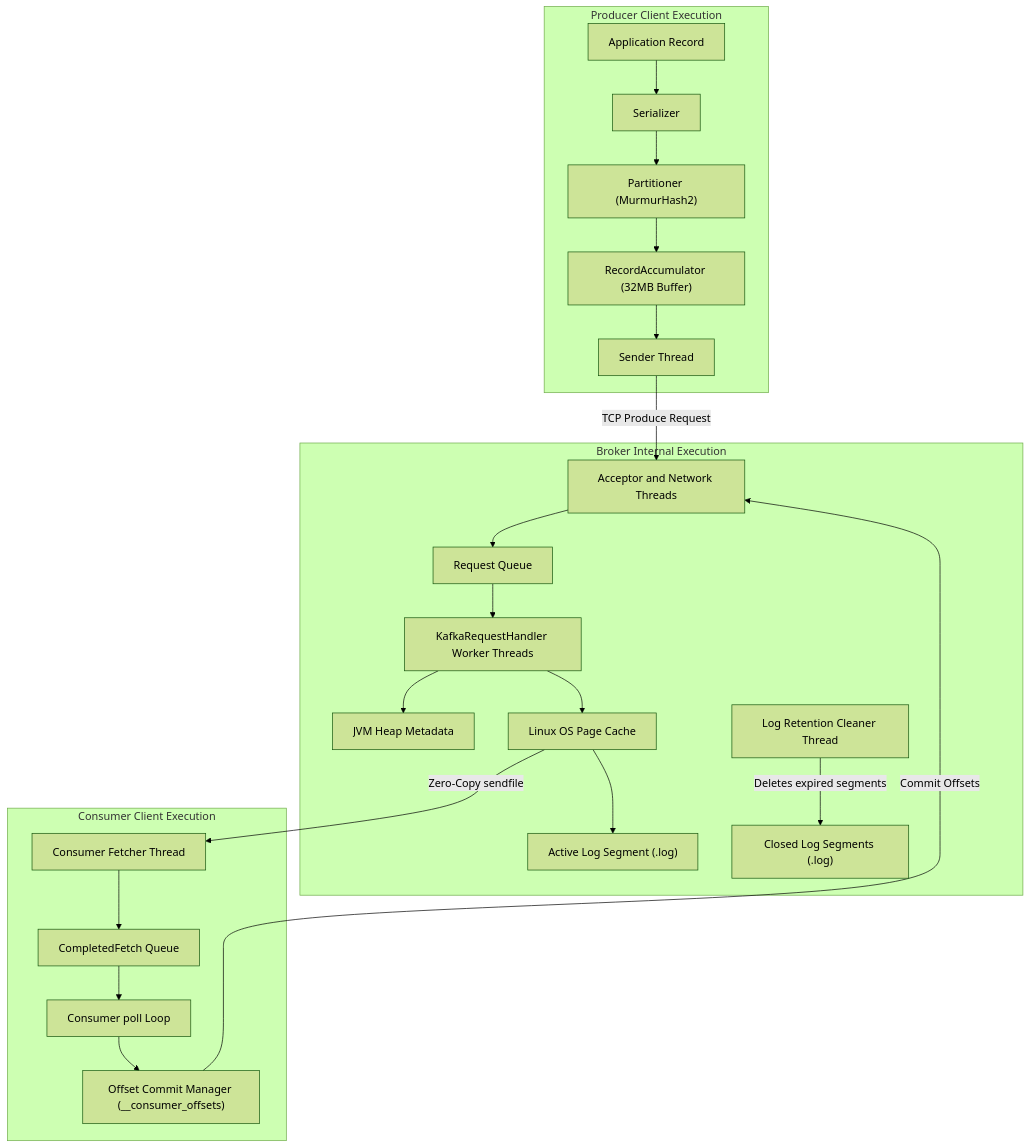
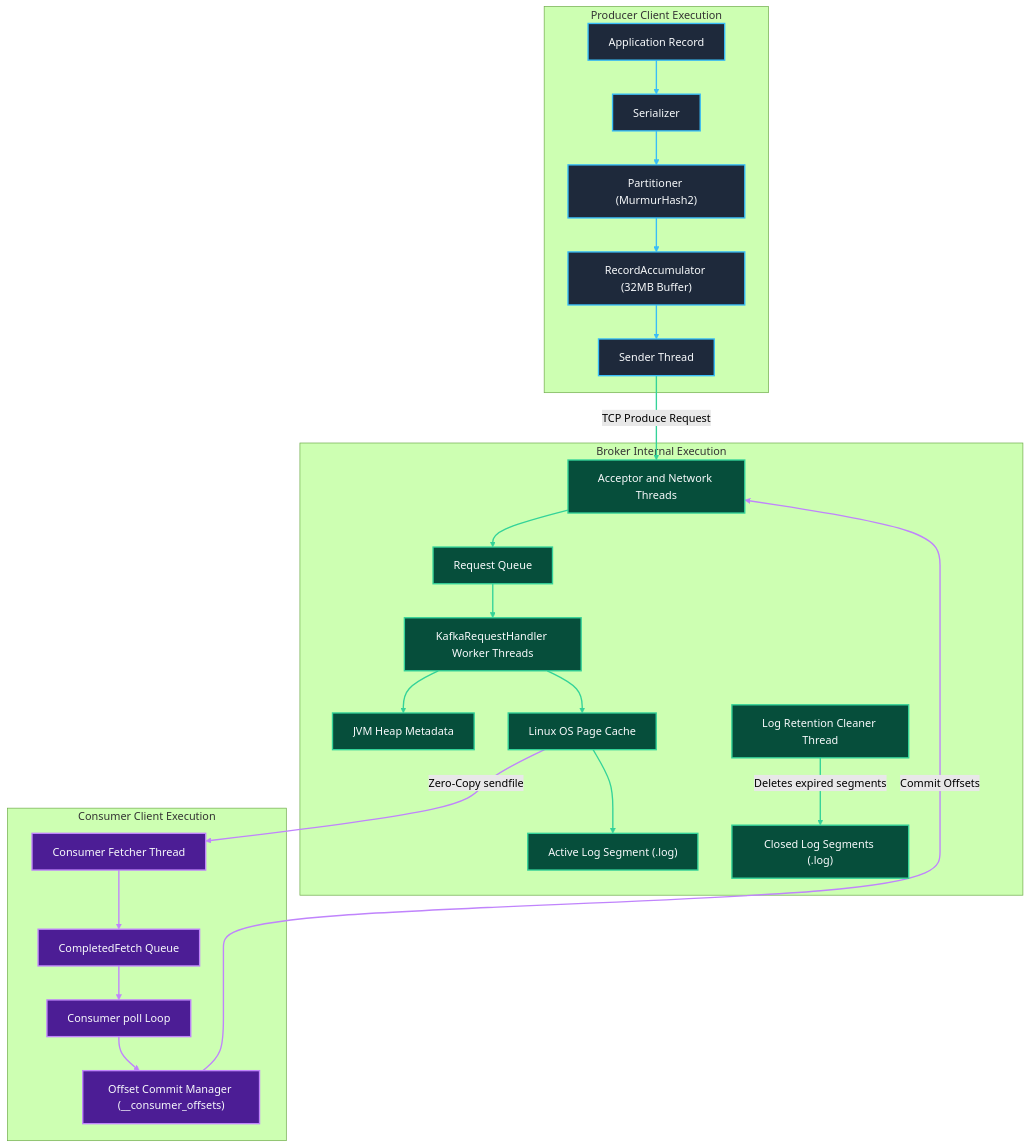
Before and after one commit to Chief-Strategist-J/llm-obs-infra: the second of 18 diagrams in docs/configDoc/kafka-configuration-guide.md, drawn with Mermaid (forest theme). The commit also changed other lines of this file, not shown here.

Commit message:
docs(kafka): reorder component sections to Code -> HLD -> LLD -> Parameters and apply custom color styling to all Mermaid diagrams

````diff
--- a/docs/configDoc/kafka-configuration-guide.md
+++ b/docs/configDoc/kafka-configuration-guide.md
@@ -412,27 +430,51 @@
 ```mermaid
 graph TB
     subgraph ProducerInternals ["Producer Client Execution"]
         P_App["Application Record"] --> P_Ser["Serializer"]
         P_Ser --> P_Part["Partitioner (MurmurHash2)"]
         P_Part --> P_Buf["RecordAccumulator (32MB Buffer)"]
         P_Buf --> P_Send["Sender Thread"]
     end
 
     subgraph BrokerInternals ["Broker Internal Execution"]
         P_Send -->|TCP Produce Request| B_Net["Acceptor and Network Threads"]
         B_Net --> B_ReqQ["Request Queue"]
         B_ReqQ --> B_Worker["KafkaRequestHandler Worker Threads"]
         B_Worker --> B_Heap["JVM Heap Metadata"]
         B_Worker --> B_PageCache["Linux OS Page Cache"]
         B_PageCache --> B_Log["Active Log Segment (.log)"]
         B_Cleaner["Log Retention Cleaner Thread"] -->|Deletes expired segments| B_ClosedLog["Closed Log Segments (.log)"]
     end
 
     subgraph ConsumerInternals ["Consumer Client Execution"]
         B_PageCache -->|Zero-Copy sendfile| C_Fetch["Consumer Fetcher Thread"]
         C_Fetch --> C_Buf["CompletedFetch Queue"]
         C_Buf --> C_Poll["Consumer poll Loop"]
         C_Poll --> C_Commit["Offset Commit Manager (__consumer_offsets)"]
         C_Commit -->|Commit Offsets| B_Net
     end
+
+    style P_App fill:#1e293b,stroke:#38bdf8,stroke-width:2px,color:#f8fafc
+    style P_Ser fill:#1e293b,stroke:#38bdf8,stroke-width:2px,color:#f8fafc
+    style P_Part fill:#1e293b,stroke:#38bdf8,stroke-width:2px,color:#f8fafc
+    style P_Buf fill:#1e293b,stroke:#38bdf8,stroke-width:2px,color:#f8fafc
+    style P_Send fill:#1e293b,stroke:#38bdf8,stroke-width:2px,color:#f8fafc
+
+    style B_Net fill:#064e3b,stroke:#34d399,stroke-width:2px,color:#f8fafc
+    style B_ReqQ fill:#064e3b,stroke:#34d399,stroke-width:2px,color:#f8fafc
+    style B_Worker fill:#064e3b,stroke:#34d399,stroke-width:2px,color:#f8fafc
+    style B_Heap fill:#064e3b,stroke:#34d399,stroke-width:2px,color:#f8fafc
+    style B_PageCache fill:#064e3b,stroke:#34d399,stroke-width:2px,color:#f8fafc
+    style B_Log fill:#064e3b,stroke:#34d399,stroke-width:2px,color:#f8fafc
+    style B_Cleaner fill:#064e3b,stroke:#34d399,stroke-width:2px,color:#f8fafc
+    style B_ClosedLog fill:#064e3b,stroke:#34d399,stroke-width:2px,color:#f8fafc
+
+    style C_Fetch fill:#4c1d95,stroke:#c084fc,stroke-width:2px,color:#f8fafc
+    style C_Buf fill:#4c1d95,stroke:#c084fc,stroke-width:2px,color:#f8fafc
+    style C_Poll fill:#4c1d95,stroke:#c084fc,stroke-width:2px,color:#f8fafc
+    style C_Commit fill:#4c1d95,stroke:#c084fc,stroke-width:2px,color:#f8fafc
+
+    linkStyle 0,1,2,3 stroke:#38bdf8,stroke-width:2px;
+    linkStyle 4,5,6,7,8,9,10 stroke:#34d399,stroke-width:2px;
+    linkStyle 11,12,13,14,15 stroke:#c084fc,stroke-width:2px;
 ```
````
